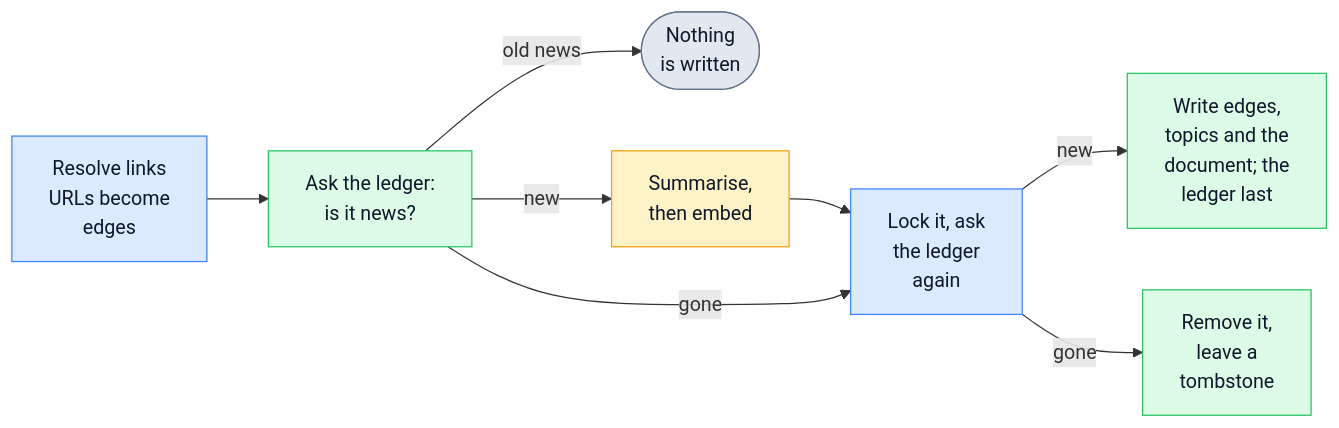
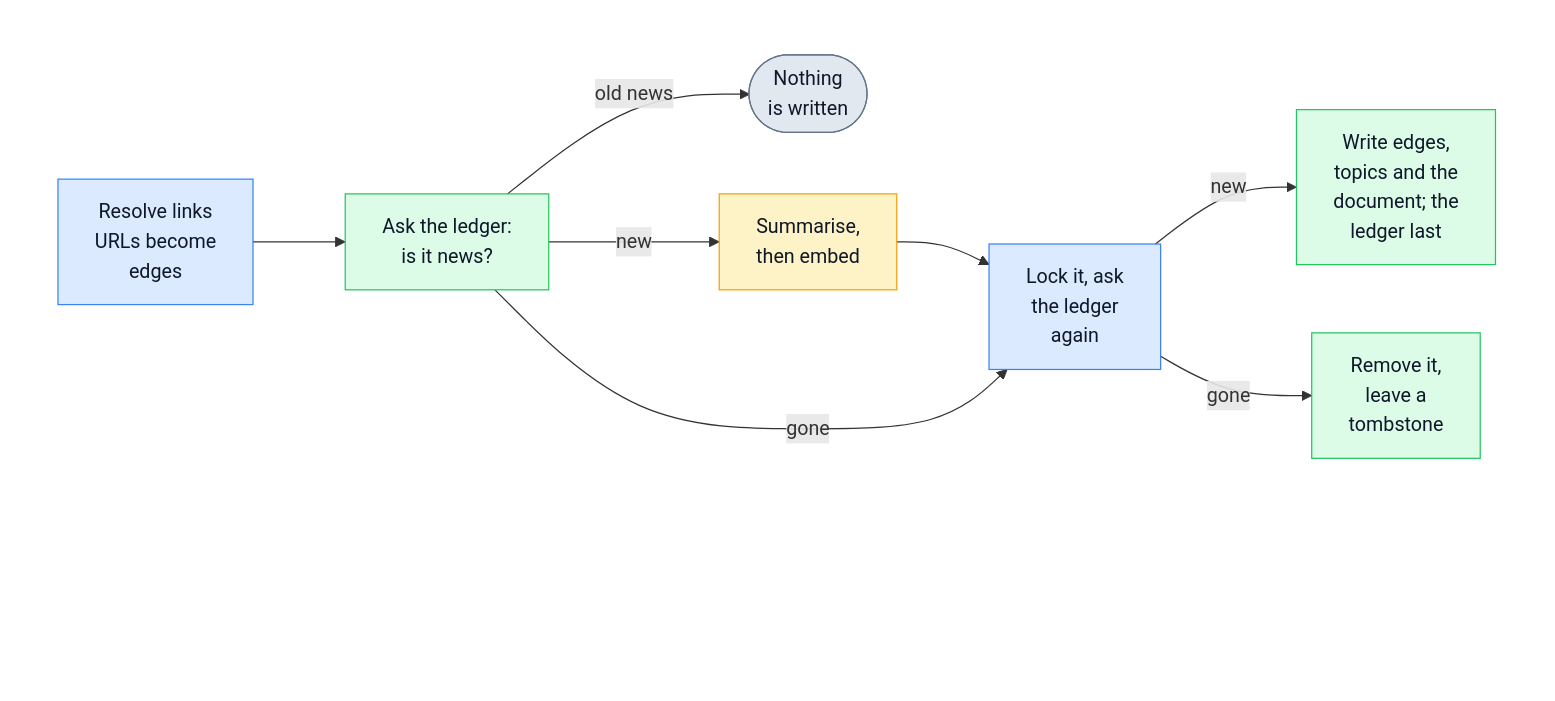
One commit to umran/grafsol changed the fourth of 7 diagrams in README.md. Above: the diagram before and after it, drawn with Mermaid. The commit also changed other lines of this file, not shown here.

First line of the commit message:
Keep the diagrams clear of GitHub's zoom buttons

````diff
--- a/README.md
+++ b/README.md
@@ -195,22 +209,30 @@
 ```mermaid
-flowchart LR
-    links["Resolve links<br/>URLs become<br/>edges"]:::code
-    news["Ask the ledger:<br/>is it news?"]:::data
-    old(["Nothing<br/>is written"]):::outside
-    enrich["Summarise,<br/>then embed"]:::local
-    lock["Lock it, ask<br/>the ledger<br/>again"]:::code
-    write["Write edges,<br/>topics and the<br/>document; the<br/>ledger last"]:::data
-    remove["Remove it,<br/>leave a<br/>tombstone"]:::data
+flowchart TB
+    subgraph all[" "]
+        direction LR
+        links["Resolve links<br/>URLs become<br/>edges"]:::code
+        news["Ask the ledger:<br/>is it news?"]:::data
+        old(["Nothing<br/>is written"]):::outside
+        enrich["Summarise,<br/>then embed"]:::local
+        lock["Lock it, ask<br/>the ledger<br/>again"]:::code
+        write["Write edges,<br/>topics and the<br/>document; the<br/>ledger last"]:::data
+        remove["Remove it,<br/>leave a<br/>tombstone"]:::data
 
-    links --> news
-    news -- "old news" --> old
-    news -- "new" --> enrich --> lock
-    news -- "gone" --> lock
-    lock -- "new" --> write
-    lock -- "gone" --> remove
+        links --> news
+        news -- "old news" --> old
+        news -- "new" --> enrich --> lock
+        news -- "gone" --> lock
+        lock -- "new" --> write
+        lock -- "gone" --> remove
+    end
+
+    %% An empty row at the bottom: GitHub lays its zoom buttons over that corner.
+    all ~~~ corner["&nbsp;<br/>&nbsp;<br/>&nbsp;"]
 
     classDef outside fill:#e2e8f0,stroke:#64748b,color:#0f172a
     classDef code fill:#dbeafe,stroke:#3b82f6,color:#0f172a
     classDef data fill:#dcfce7,stroke:#22c55e,color:#0f172a
     classDef local fill:#fef3c7,stroke:#f59e0b,color:#0f172a
+    style all fill:none,stroke:none
+    style corner fill:none,stroke:none
 ```
````
